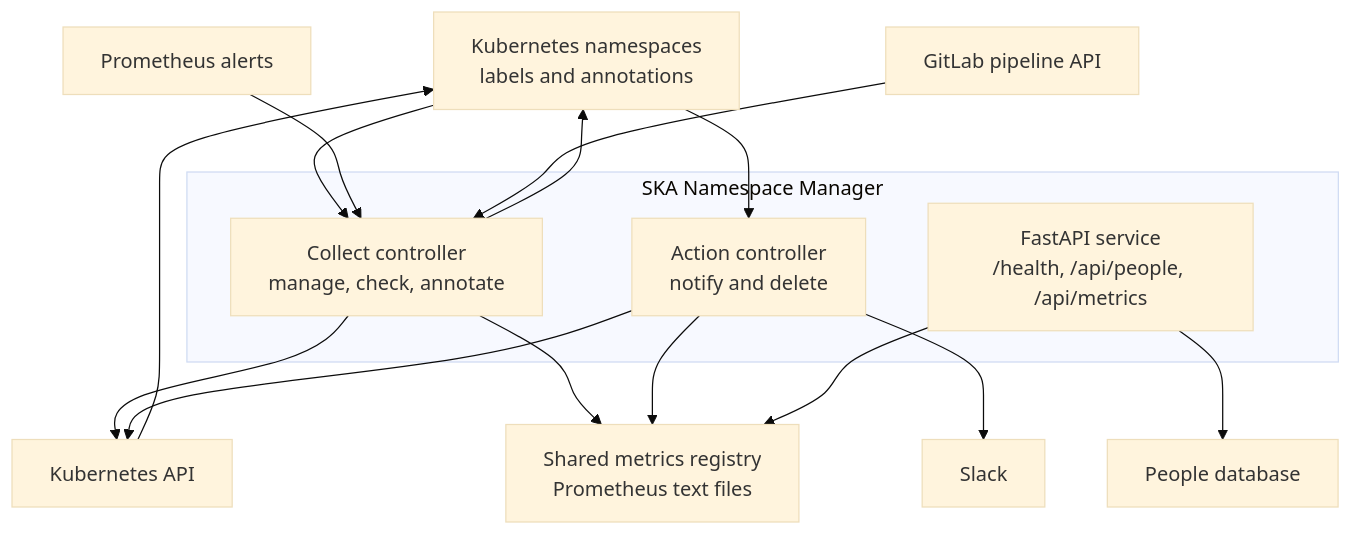
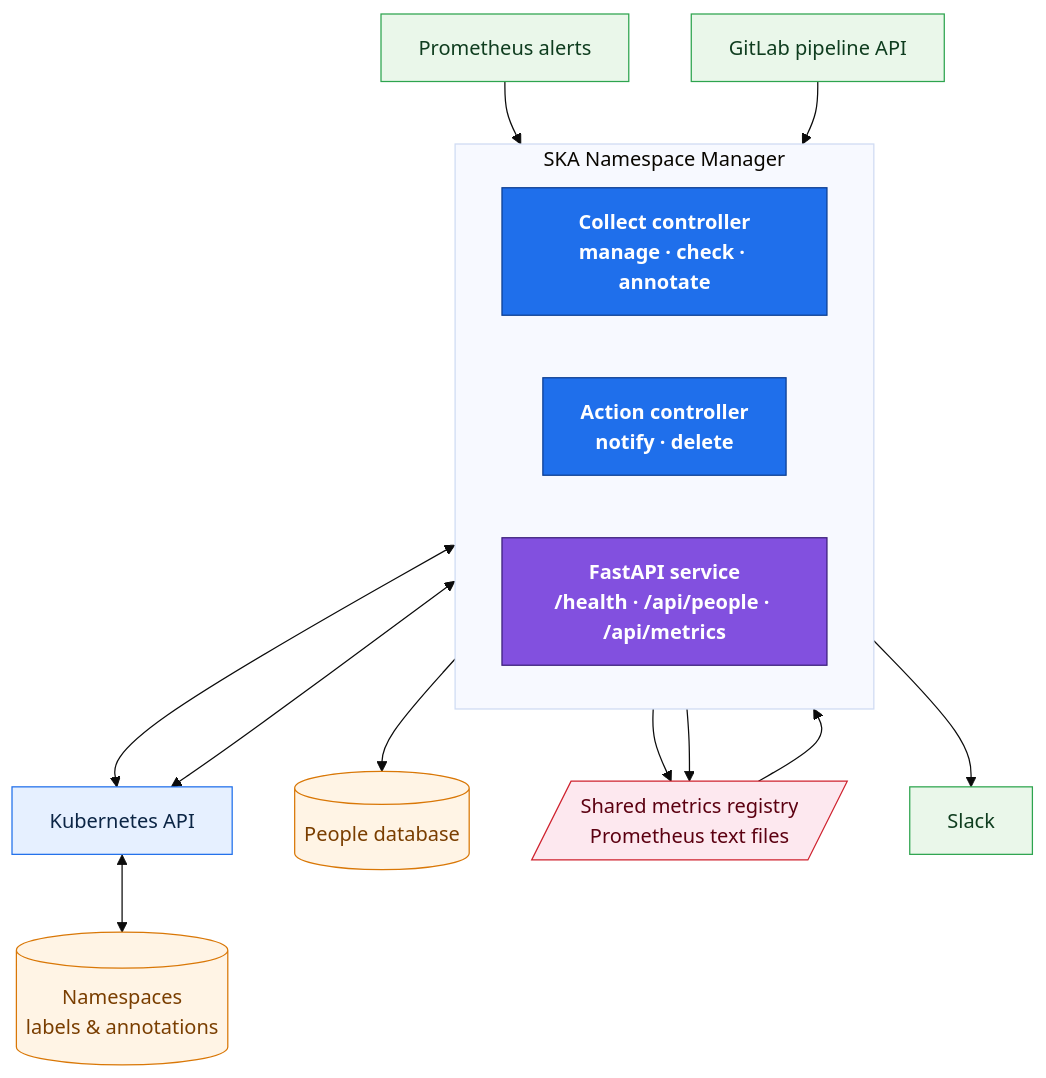
The first of 2 diagrams in README.md (ska-telescope/ska-namespace-manager), drawn with Mermaid (base theme) before and after one commit. The commit also changed other lines of this file, not shown here.

Commit message:
ST-2799: Updated README

````diff
--- a/README.md
+++ b/README.md
@@ -30,32 +30,44 @@
 ```mermaid
 flowchart TD
-    ns["Kubernetes namespaces<br/>labels and annotations"]
+    subgraph app["SKA Namespace Manager"]
+        direction LR
+        collect["Collect controller<br/>manage · check · annotate"]
+        action["Action controller<br/>notify · delete"]
+        api["FastAPI service<br/>/health · /api/people · /api/metrics"]
+    end
+
     k8s["Kubernetes API"]
+    ns[("Namespaces<br/>labels & annotations")]
     prom["Prometheus alerts"]
     gitlab["GitLab pipeline API"]
-    people["People database"]
-    metrics["Shared metrics registry<br/>Prometheus text files"]
+    people[("People database")]
+    metrics[/"Shared metrics registry<br/>Prometheus text files"/]
     slack["Slack"]
 
-    subgraph app["SKA Namespace Manager"]
-        api["FastAPI service<br/>/health, /api/people, /api/metrics"]
-        collect["Collect controller<br/>manage, check, annotate"]
-        action["Action controller<br/>notify and delete"]
-    end
+    collect <--> k8s
+    action <--> k8s
+    k8s <--> ns
 
-    collect --> k8s
-    k8s --> ns
-    ns --> collect
     prom --> collect
     gitlab --> collect
-    collect --> ns
+
     collect --> metrics
+    action --> metrics
+    metrics --> api
+    api --> people
+    action --> slack
 
-    action --> k8s
-    ns --> action
-    action --> slack
-    action --> metrics
+    classDef controller fill:#1f6feb,stroke:#0b3d91,color:#ffffff,font-weight:bold;
+    classDef service fill:#8250df,stroke:#3b1f7a,color:#ffffff,font-weight:bold;
+    classDef platform fill:#e6f0ff,stroke:#1f6feb,color:#0b2545;
+    classDef store fill:#fff4e5,stroke:#d97706,color:#7a3e00;
+    classDef integration fill:#eaf7ea,stroke:#2da44e,color:#0f3d1f;
+    classDef artifact fill:#fde8ef,stroke:#cf222e,color:#5c0011;
 
-    api --> people
-    api --> metrics
+    class collect,action controller;
+    class api service;
+    class k8s platform;
+    class ns,people store;
+    class prom,gitlab,slack integration;
+    class metrics artifact;
 ```
````
